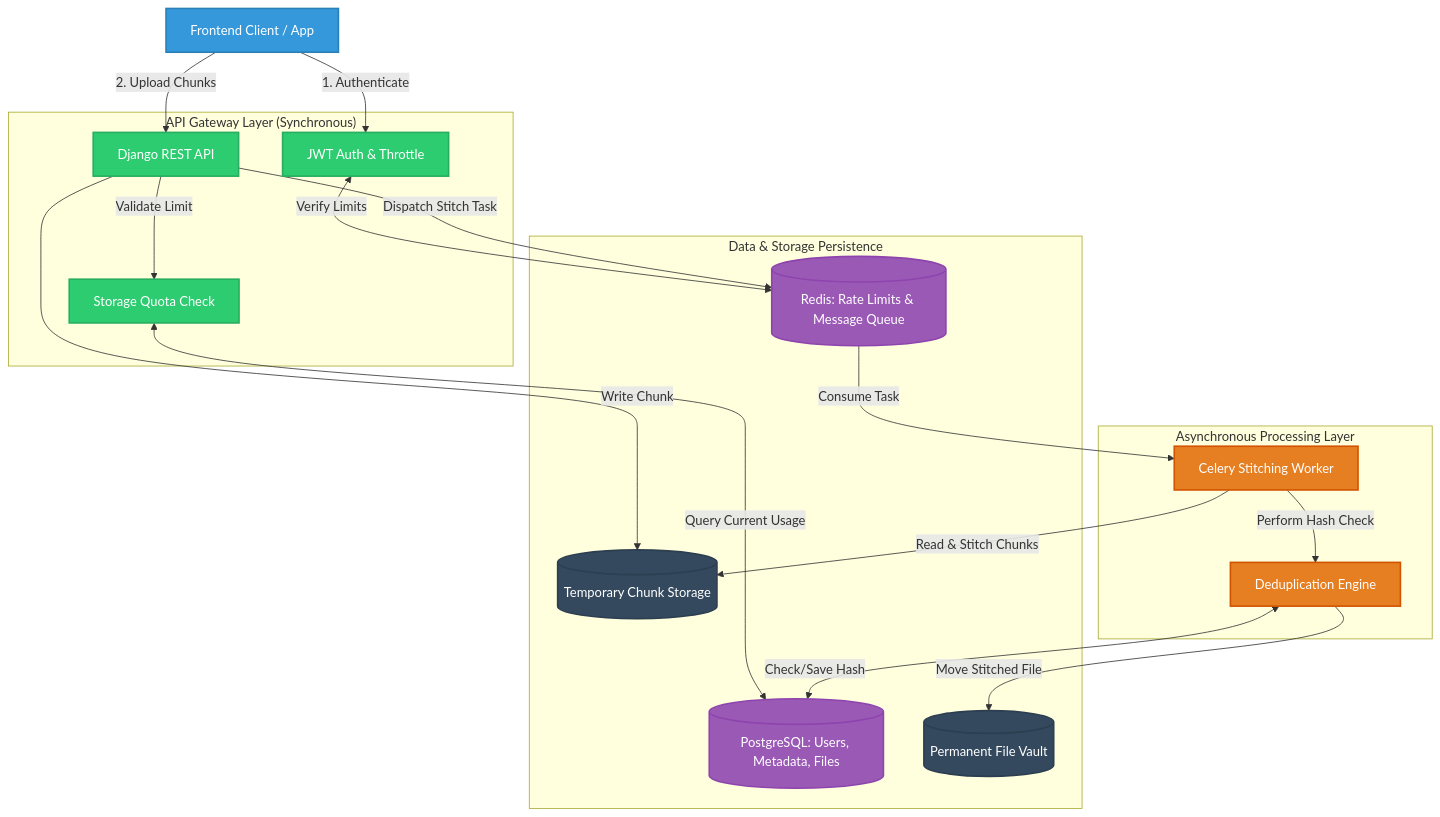
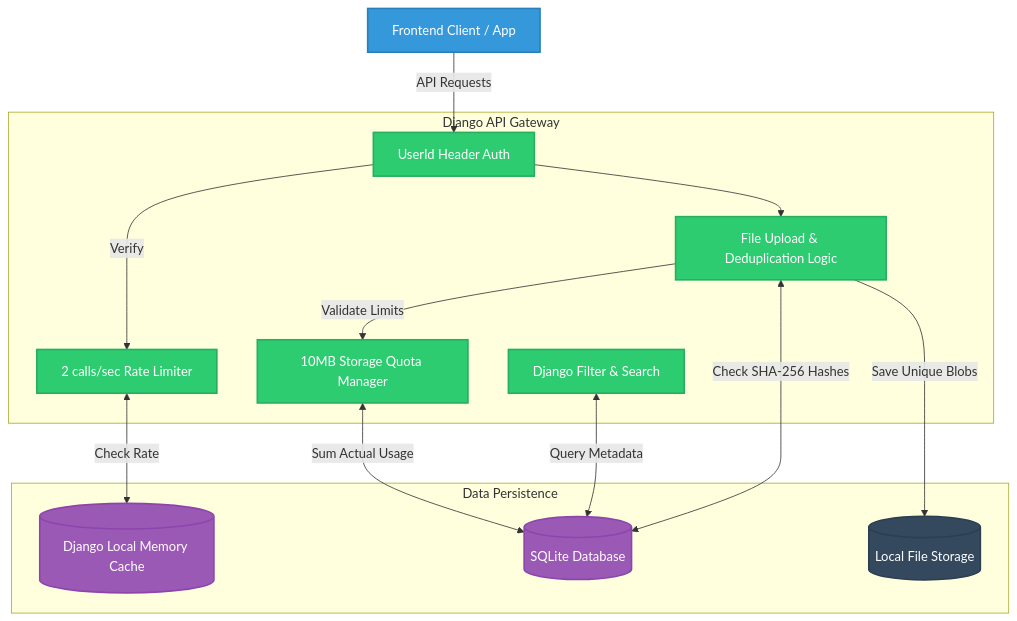
Before and after one commit to hritik2899/abnormal-file-vault: the diagram in PROJECT_PLAN.md, drawn with Mermaid. The commit also changed other lines of this file, not shown here.

Commit message:
docs: update project architecture and specifications to reflect SQLite and Header Auth refactor

````diff
--- a/PROJECT_PLAN.md
+++ b/PROJECT_PLAN.md
@@ -25,46 +22,33 @@
 ```mermaid
 graph TD
     classDef client fill:#3498db,stroke:#2980b9,stroke-width:2px,color:#fff;
     classDef api fill:#2ecc71,stroke:#27ae60,stroke-width:2px,color:#fff;
-    classDef worker fill:#e67e22,stroke:#d35400,stroke-width:2px,color:#fff;
     classDef db fill:#9b59b6,stroke:#8e44ad,stroke-width:2px,color:#fff;
     classDef storage fill:#34495e,stroke:#2c3e50,stroke-width:2px,color:#fff;
 
     Client[Frontend Client / App]:::client
 
-    subgraph "API Gateway Layer (Synchronous)"
-        API[Django REST API]:::api
-        Auth[JWT Auth & Throttle]:::api
-        Quota[Storage Quota Check]:::api
+    subgraph "Django API Gateway"
+        Auth[UserId Header Auth]:::api
+        Throttle[2 calls/sec Rate Limiter]:::api
+        Quota[10MB Storage Quota Manager]:::api
+        API[File Upload & Deduplication Logic]:::api
+        Search[Django Filter & Search]:::api
     end
 
-    subgraph "Asynchronous Processing Layer"
-        CeleryWorker[Celery Stitching Worker]:::worker
-        DedupEngine[Deduplication Engine]:::worker
+    subgraph "Data Persistence"
+        SQLite[(SQLite Database)]:::db
+        LocMem[(Django Local Memory Cache)]:::db
+        FS[(Local File Storage)]:::storage
     end
 
-    subgraph "Data & Storage Persistence"
-        Redis[(Redis: Rate Limits & Message Queue)]:::db
-        PG[(PostgreSQL: Users, Metadata, Files)]:::db
-        TempFS[(Temporary Chunk Storage)]:::storage
-        PermFS[(Permanent File Vault)]:::storage
-    end
-
-    %% Client Interactions
-    Client -->|1. Authenticate| Auth
-    Client -->|2. Upload Chunks| API
-    
-    %% API Interactions
-    Auth <-->|Verify Limits| Redis
-    API -->|Validate Limit| Quota
-    Quota <-->|Query Current Usage| PG
-    API -->|Write Chunk| TempFS
-    API -->|Dispatch Stitch Task| Redis
-
-    %% Worker Interactions
-    Redis -->|Consume Task| CeleryWorker
-    CeleryWorker -->|Read & Stitch Chunks| TempFS
-    CeleryWorker -->|Perform Hash Check| DedupEngine
-    DedupEngine <-->|Check/Save Hash| PG
-    DedupEngine -->|Move Stitched File| PermFS
+    Client -->|API Requests| Auth
+    Auth -->|Verify| Throttle
+    Throttle <-->|Check Rate| LocMem
+    Auth --> API
+    API -->|Validate Limits| Quota
+    Quota <-->|Sum Actual Usage| SQLite
+    API <-->|Check SHA-256 Hashes| SQLite
+    API -->|Save Unique Blobs| FS
+    Search <-->|Query Metadata| SQLite
 ```
````
